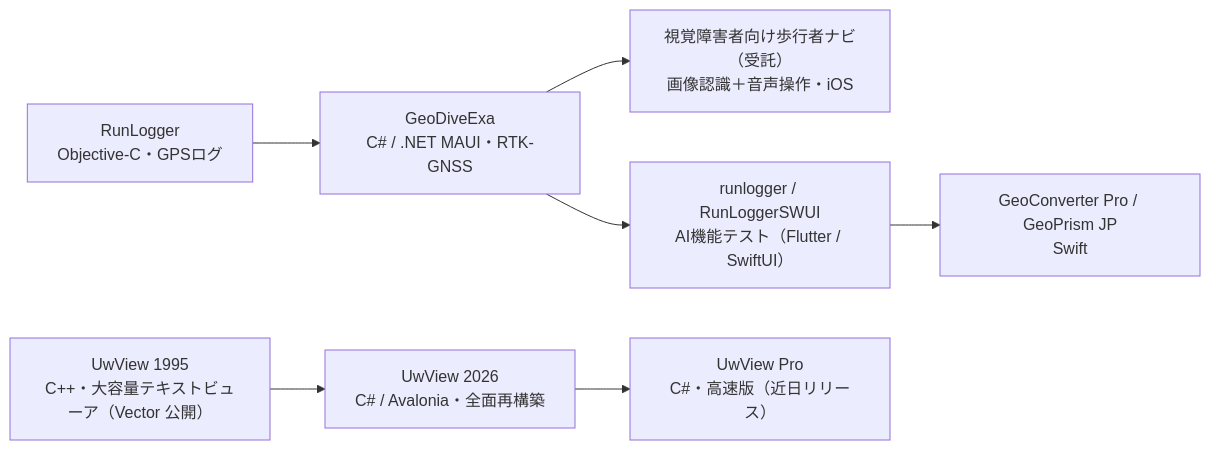
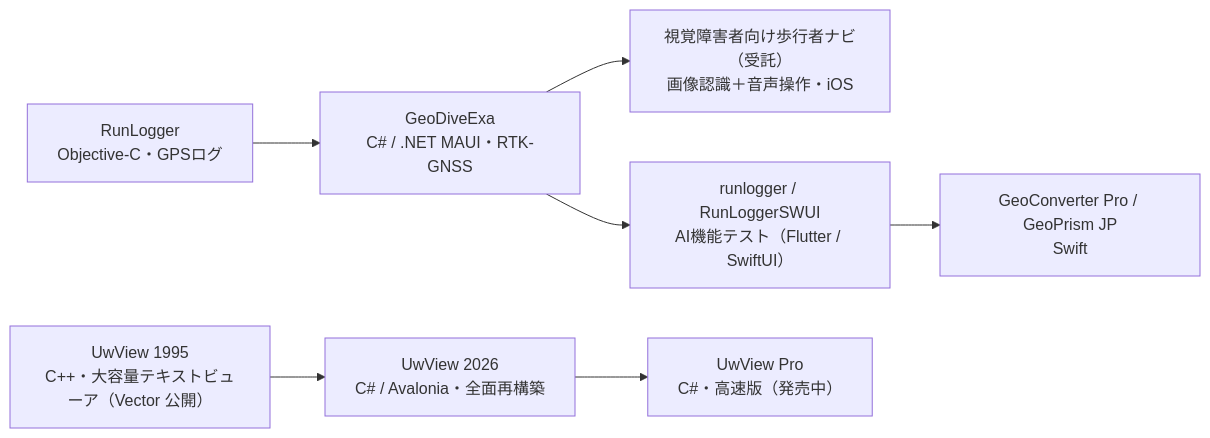
Before and after one commit to amru195704/amru195704: the diagram in README.md, drawn with Mermaid. The commit also changed other lines of this file and 1 other file, not shown here.

````diff
--- a/README.md
+++ b/README.md
@@ -100,9 +100,9 @@
 ```mermaid
 flowchart LR
     RL["RunLogger<br/>Objective-C・GPSログ"] --> GDE["GeoDiveExa<br/>C# / .NET MAUI・RTK-GNSS"]
     GDE --> NAVI["視覚障害者向け歩行者ナビ（受託）<br/>画像認識＋音声操作・iOS"]
     GDE --> TEST["runlogger / RunLoggerSWUI<br/>AI機能テスト（Flutter / SwiftUI）"]
     TEST --> SWIFT["GeoConverter Pro / GeoPrism JP<br/>Swift"]
     UW1995["UwView 1995<br/>C++・大容量テキストビューア（Vector 公開）"] --> UW2026["UwView 2026<br/>C# / Avalonia・全面再構築"]
-    UW2026 --> UWPRO["UwView Pro<br/>C#・高速版（近日リリース）"]
+    UW2026 --> UWPRO["UwView Pro<br/>C#・高速版（発売中）"]
 ```
````
